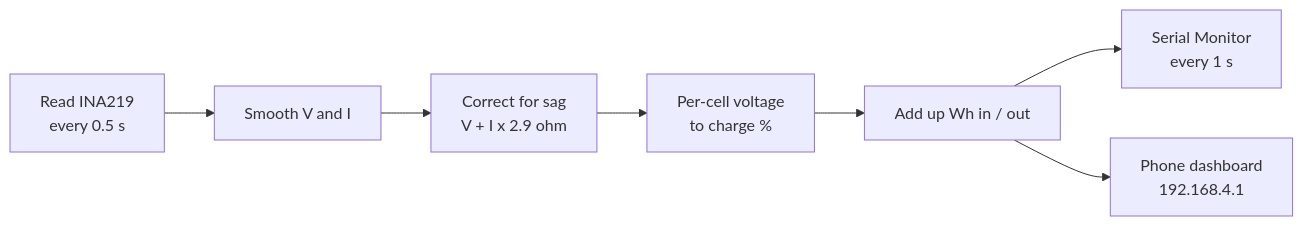
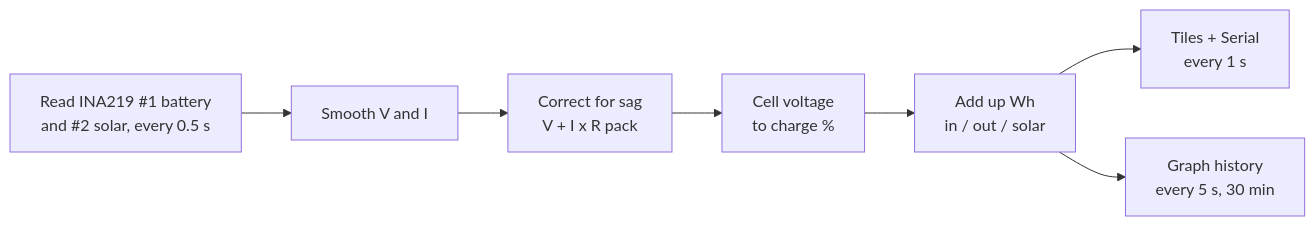
One commit to hardikrawat910-byte/smart-solar-bank changed the diagram in docs/how-it-works.md. Above: the diagram before and after it, drawn with Mermaid. The commit also changed other lines of this file and 3 other files, not shown here.

First line of the commit message:
Document the v2 build: 1S pack, power bank board, CN3791 solar

````diff
--- a/docs/how-it-works.md
+++ b/docs/how-it-works.md
@@ -5,9 +5,9 @@
 ```mermaid
 flowchart LR
-    A[Read INA219<br/>every 0.5 s] --> B[Smooth V and I]
-    B --> C[Correct for sag<br/>V + I x 2.9 ohm]
-    C --> D[Per-cell voltage<br/>to charge %]
-    D --> E[Add up Wh in / out]
-    E --> F[Serial Monitor<br/>every 1 s]
-    E --> G[Phone dashboard<br/>192.168.4.1]
+    A[Read INA219 #1 battery<br/>and #2 solar, every 0.5 s] --> B[Smooth V and I]
+    B --> C[Correct for sag<br/>V + I x R pack]
+    C --> D[Cell voltage<br/>to charge %]
+    D --> E[Add up Wh<br/>in / out / solar]
+    E --> F[Tiles + Serial<br/>every 1 s]
+    E --> G[Graph history<br/>every 5 s, 30 min]
 ```
````
